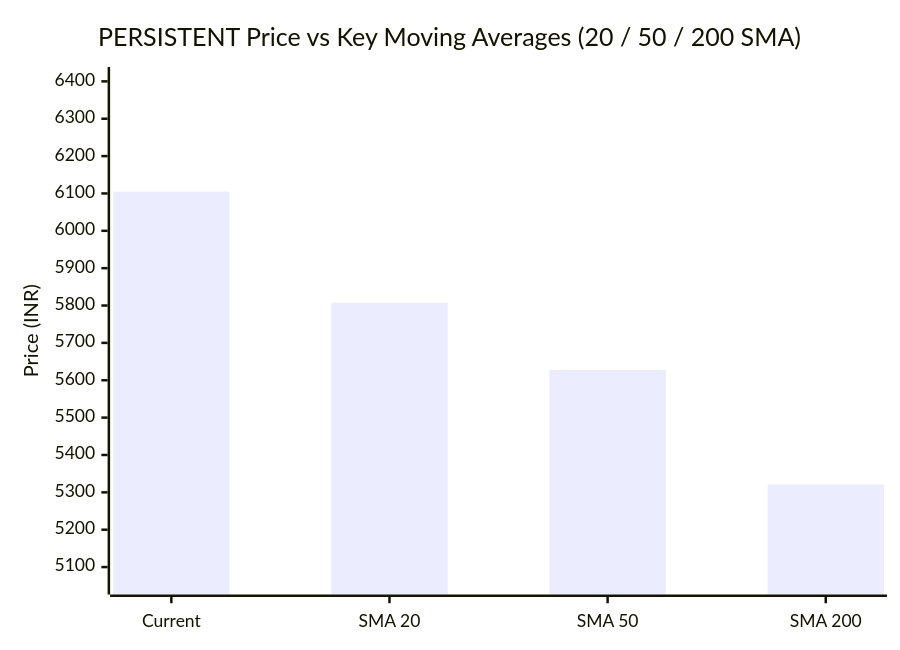
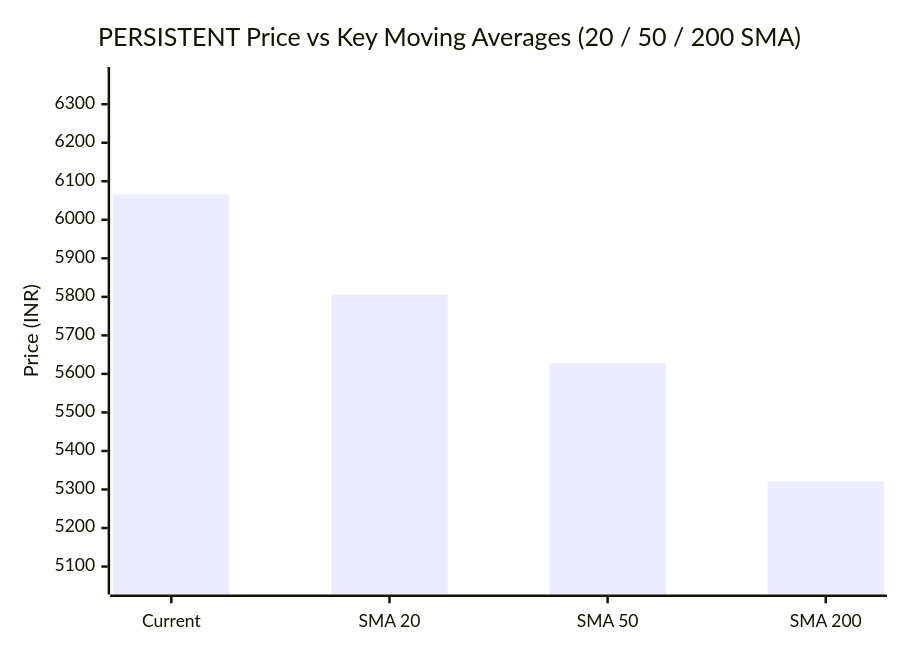
Before and after one commit to purnareddy9/dev: the second of 2 diagrams in market-intelligence/stocks/PERSISTENT/latest.md, drawn with Mermaid. The commit also changed other lines of this file and 4 other files, not shown here.

````diff
--- a/market-intelligence/stocks/PERSISTENT/latest.md
+++ b/market-intelligence/stocks/PERSISTENT/latest.md
@@ -52,7 +52,7 @@
 ```mermaid
 xychart-beta
     title "PERSISTENT Price vs Key Moving Averages (20 / 50 / 200 SMA)"
     x-axis ["Current", "SMA 20", "SMA 50", "SMA 200"]
-    y-axis "Price (INR)" 5055 --> 6410
-    bar [6105.0, 5807.55, 5627.86, 5321.32]
+    y-axis "Price (INR)" 5055 --> 6369
+    bar [6066.5, 5805.62, 5627.09, 5321.12]
 ```
````
